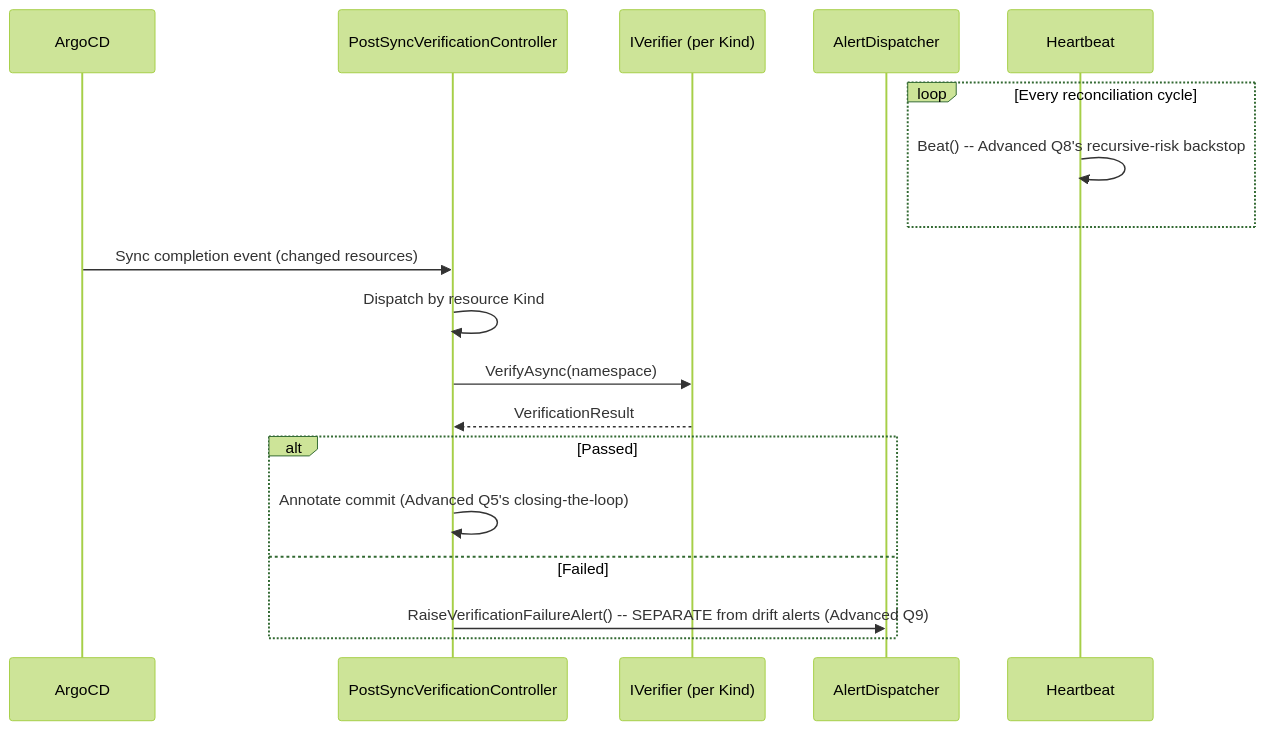
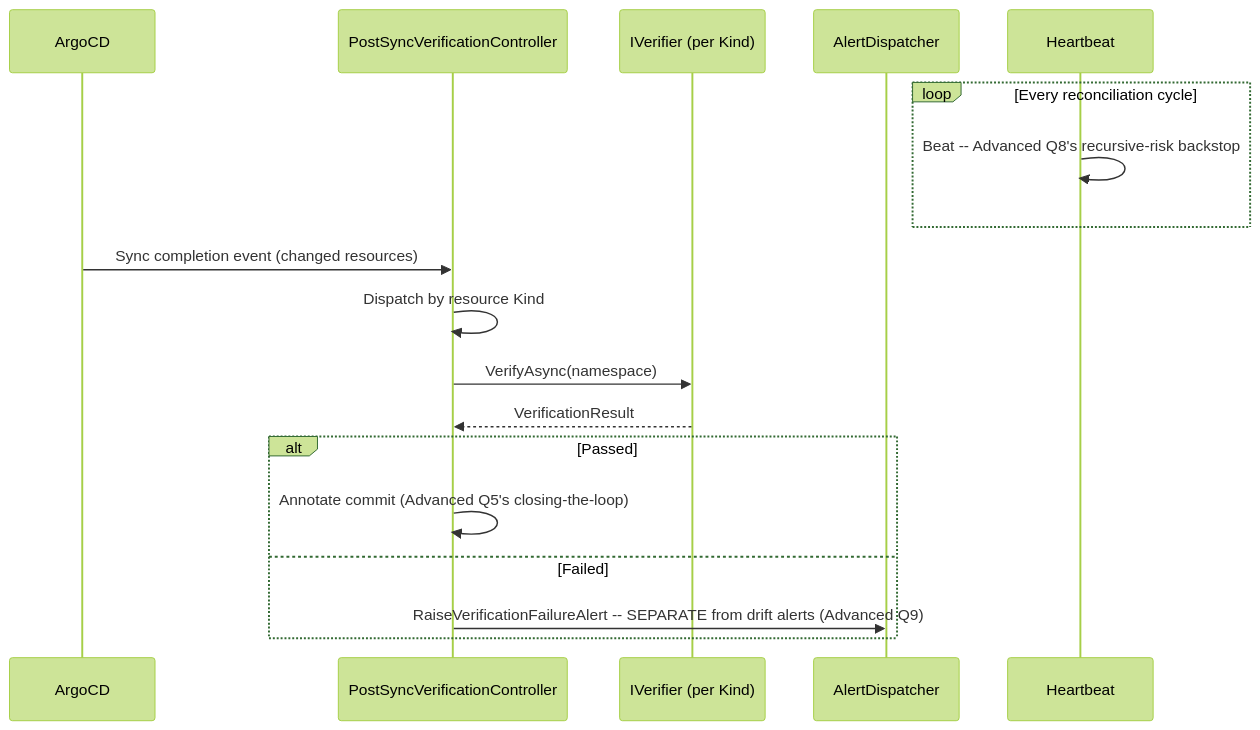
The fourth of 4 diagrams in 23-Kubernetes/08-Observability-Multicluster-GitOps.md (umashankarp/InterviewQuestions), drawn with Mermaid (forest theme) before and after one commit. The commit also changed other lines of this file and 173 other files, not shown here.

````diff
--- a/23-Kubernetes/08-Observability-Multicluster-GitOps.md
+++ b/23-Kubernetes/08-Observability-Multicluster-GitOps.md
@@ -480,21 +480,21 @@
 ```mermaid
 sequenceDiagram
-    participant ArgoCD
-    participant Controller as PostSyncVerificationController
-    participant Verifier as IVerifier (per Kind)
-    participant Alerts as AlertDispatcher
-    participant Heartbeat
+ participant ArgoCD
+ participant Controller as PostSyncVerificationController
+ participant Verifier as IVerifier (per Kind)
+ participant Alerts as AlertDispatcher
+ participant Heartbeat
 
-    loop Every reconciliation cycle
-        Heartbeat->>Heartbeat: Beat() -- Advanced Q8's recursive-risk backstop
-    end
-    ArgoCD->>Controller: Sync completion event (changed resources)
-    Controller->>Controller: Dispatch by resource Kind
-    Controller->>Verifier: VerifyAsync(namespace)
-    Verifier-->>Controller: VerificationResult
-    alt Passed
-        Controller->>Controller: Annotate commit (Advanced Q5's closing-the-loop)
-    else Failed
-        Controller->>Alerts: RaiseVerificationFailureAlert() -- SEPARATE from drift alerts (Advanced Q9)
-    end
+ loop Every reconciliation cycle
+ Heartbeat->>Heartbeat: Beat -- Advanced Q8's recursive-risk backstop
+ end
+ ArgoCD->>Controller: Sync completion event (changed resources)
+ Controller->>Controller: Dispatch by resource Kind
+ Controller->>Verifier: VerifyAsync(namespace)
+ Verifier-->>Controller: VerificationResult
+ alt Passed
+ Controller->>Controller: Annotate commit (Advanced Q5's closing-the-loop)
+ else Failed
+ Controller->>Alerts: RaiseVerificationFailureAlert -- SEPARATE from drift alerts (Advanced Q9)
+ end
 ```
````
